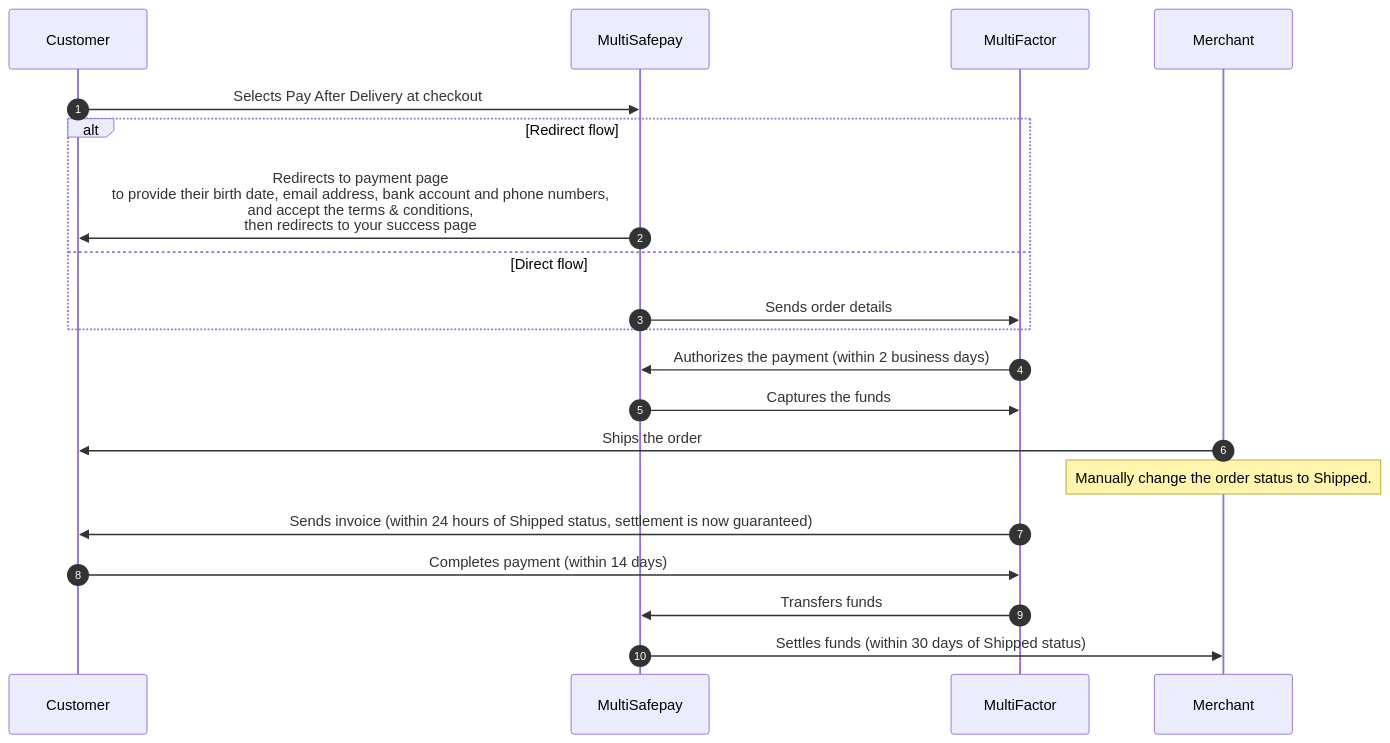
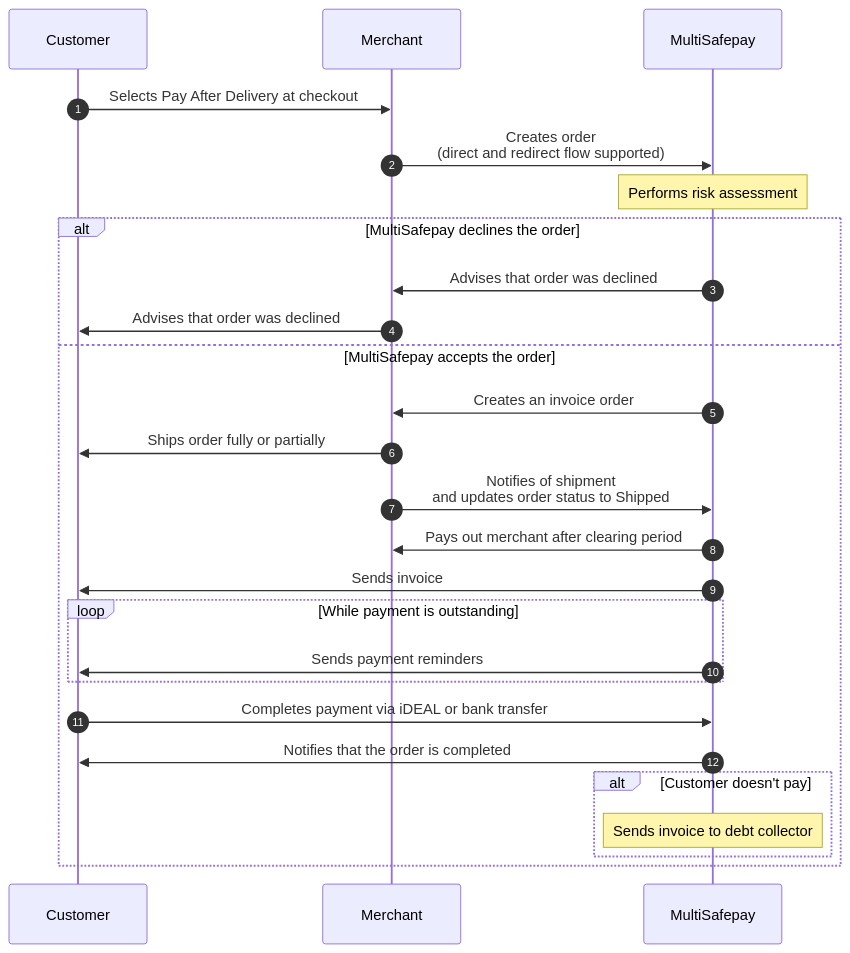
Before and after one commit to MultiSafepay/docs: the diagram in static/diagrams/src/pay-after-delivery-payment-flow.mmd, drawn with Mermaid. The commit also changed 3 other files, not shown here.

```diff
--- a/static/diagrams/src/pay-after-delivery-payment-flow.mmd
+++ b/static/diagrams/src/pay-after-delivery-payment-flow.mmd
@@ -1,21 +1,26 @@
 sequenceDiagram
     autonumber
     participant C as Customer
+    participant Me as Merchant
     participant Mu as MultiSafepay
-    participant MF as MultiFactor
-    participant Me as Merchant
-
-    C->>Mu: Selects Pay After Delivery at checkout
-    alt Redirect flow
-    Mu->>C: Redirects to payment page <br> to provide their birth date, email address, bank account and phone numbers, <br> and accept the terms & conditions, <br> then redirects to your success page
-    else Direct flow
-    Mu->>MF: Sends order details
+    C->>Me: Selects Pay After Delivery at checkout
+    Me->>Mu: Creates order <br> (direct and redirect flow supported)
+    Note over Mu: Performs risk assessment 
+    alt MultiSafepay declines the order 
+    Mu->>Me: Advises that order was declined
+    Me->>C: Advises that order was declined
+    else MultiSafepay accepts the order 
+    Mu->>Me: Creates an invoice order
+    Me->>C: Ships order fully or partially
+    Me->>Mu: Notifies of shipment <br> and updates order status to Shipped
+    Mu->>Me: Pays out merchant after clearing period
+    Mu->>C: Sends invoice  
+    loop While payment is outstanding
+	    Mu->>C: Sends payment reminders
     end
-    MF->>Mu: Authorizes the payment (within 2 business days)
-    Mu->>MF: Captures the funds
-    Me->>C: Ships the order
-    Note over Me: Manually change the order status to Shipped.
-    MF->>C: Sends invoice (within 24 hours of Shipped status, settlement is now guaranteed)
-    C->>MF: Completes payment (within 14 days)
-    MF->>Mu: Transfers funds 
-    Mu->>Me: Settles funds (within 30 days of Shipped status)
+    C->>Mu: Completes payment via iDEAL or bank transfer
+    Mu->>C: Notifies that the order is completed
+    alt Customer doesn't pay  
+    Note over Mu: Sends invoice to debt collector
+    end
+    end
```
